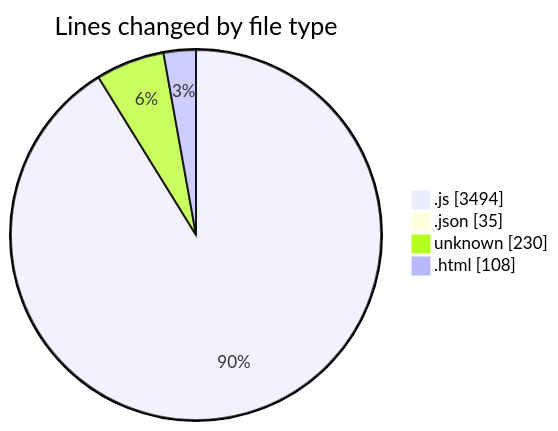
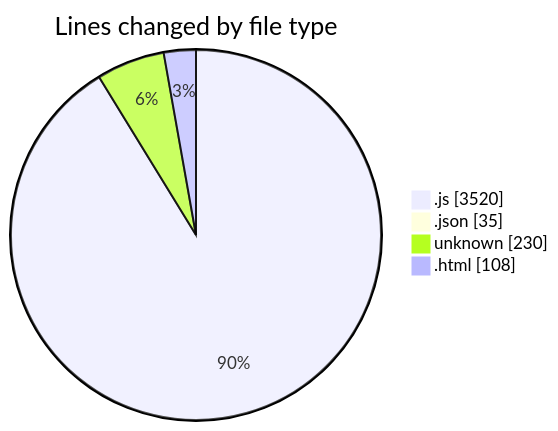
The first of 2 diagrams in 2026-02-20/bot_i_a/README.md (becaeroporto-bot/code-tracking), drawn with Mermaid before and after one commit. The commit also changed other lines of this file and 1 other file, not shown here.

````diff
--- a/2026-02-20/bot_i_a/README.md
+++ b/2026-02-20/bot_i_a/README.md
@@ -44,8 +44,8 @@
 ```mermaid
 pie showData
 title Lines changed by file type
-".js" : 3494
+".js" : 3520
 ".json" : 35
 "unknown" : 230
 ".html" : 108
 ```
````
